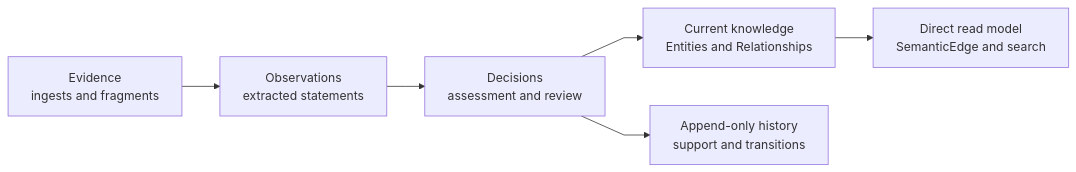
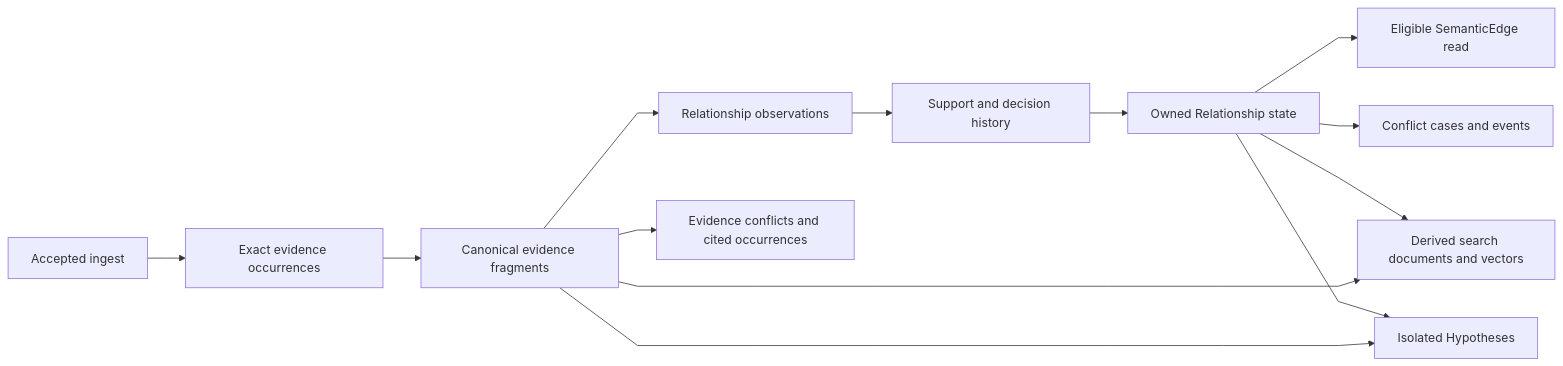
The diagram in Data-Model-And-Storage.md (markhuangai/dense-mem), drawn with Mermaid before and after one commit. The commit also changed other lines of this file and 30 other files, not shown here.

````diff
--- a/Data-Model-And-Storage.md
+++ b/Data-Model-And-Storage.md
@@ -45,9 +20,16 @@
 ```mermaid
 %%{init: {"flowchart": {"curve": "linear"}}}%%
 flowchart LR
-  Evidence["Evidence<br/>ingests and fragments"] --> Observation["Observations<br/>extracted statements"]
-  Observation --> Decision["Decisions<br/>assessment and review"]
-  Decision --> Current["Current knowledge<br/>Entities and Relationships"]
-  Current --> Read["Direct read model<br/>SemanticEdge and search"]
-  Decision --> History["Append-only history<br/>support and transitions"]
+  Ingest["Accepted ingest"] --> Occurrence["Exact evidence occurrences"]
+  Occurrence --> Evidence["Canonical evidence fragments"]
+  Evidence --> Observation["Relationship observations"]
+  Observation --> Support["Support and decision history"]
+  Support --> Relationship["Owned Relationship state"]
+  Relationship --> Edge["Eligible SemanticEdge read"]
+  Evidence --> Search["Derived search documents and vectors"]
+  Relationship --> Search
+  Relationship --> Conflict["Conflict cases and events"]
+  Evidence --> EvidenceConflict["Evidence conflicts and cited occurrences"]
+  Evidence --> Dream["Isolated Hypotheses"]
+  Relationship --> Dream
 ```
````
